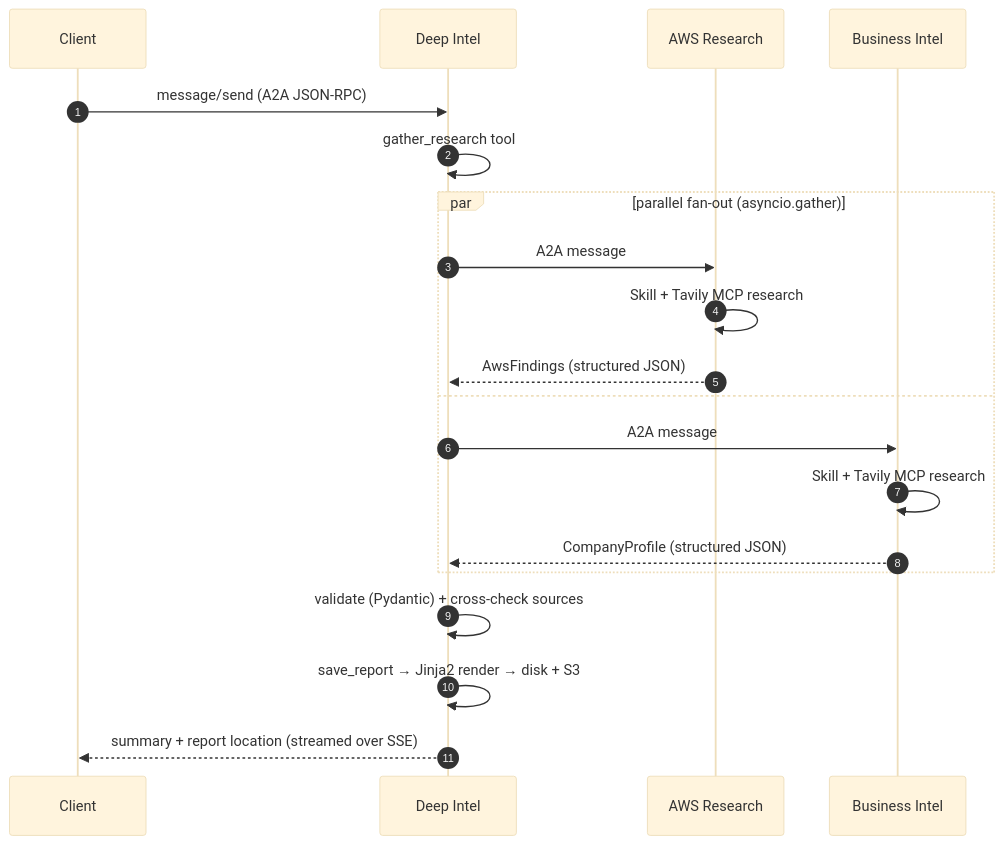
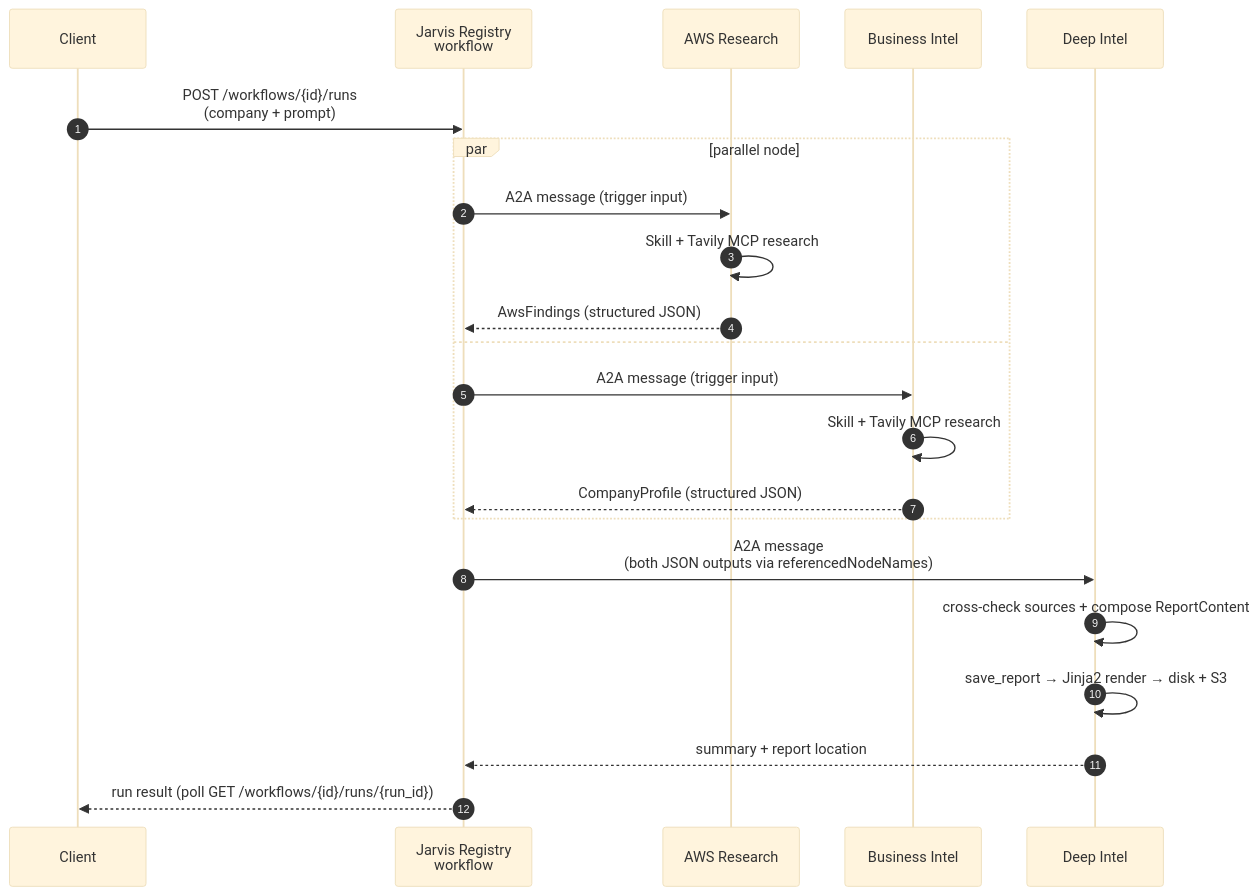
The second of 2 diagrams in README.md (ascending-llc/jarvis-strands-github-mcp), drawn with Mermaid (base theme) before and after one commit. The commit also changed other lines of this file and 11 other files, not shown here.

First line of the commit message:
Move inter-agent orchestration out of this repo into a Jarvis workflow

````diff
--- a/README.md
+++ b/README.md
@@ -176,23 +175,25 @@
 ```mermaid
 sequenceDiagram
     autonumber
     participant C as Client
-    participant DI as Deep Intel
+    participant WF as Jarvis Registry<br/>workflow
     participant AR as AWS Research
     participant BI as Business Intel
+    participant DI as Deep Intel
 
-    C->>DI: message/send (A2A JSON-RPC)
-    DI->>DI: gather_research tool
-    par parallel fan-out (asyncio.gather)
-        DI->>AR: A2A message
+    C->>WF: POST /workflows/{id}/runs<br/>(company + prompt)
+    par parallel node
+        WF->>AR: A2A message (trigger input)
         AR->>AR: Skill + Tavily MCP research
-        AR-->>DI: AwsFindings (structured JSON)
+        AR-->>WF: AwsFindings (structured JSON)
     and
-        DI->>BI: A2A message
+        WF->>BI: A2A message (trigger input)
         BI->>BI: Skill + Tavily MCP research
-        BI-->>DI: CompanyProfile (structured JSON)
+        BI-->>WF: CompanyProfile (structured JSON)
     end
-    DI->>DI: validate (Pydantic) + cross-check sources
+    WF->>DI: A2A message<br/>(both JSON outputs via referencedNodeNames)
+    DI->>DI: cross-check sources + compose ReportContent
     DI->>DI: save_report → Jinja2 render → disk + S3
-    DI-->>C: summary + report location (streamed over SSE)
+    DI-->>WF: summary + report location
+    WF-->>C: run result (poll GET /workflows/{id}/runs/{run_id})
 ```
````
